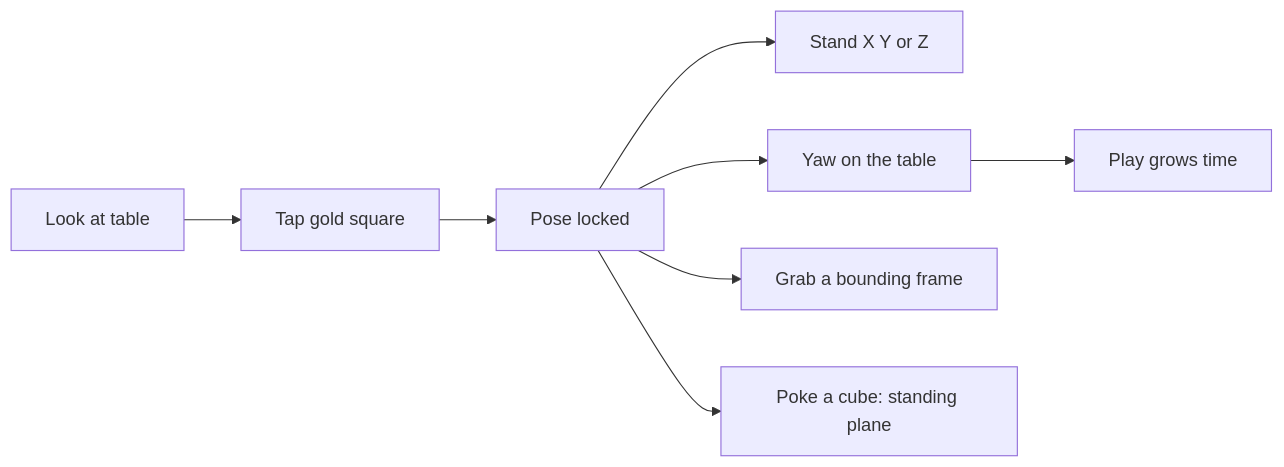
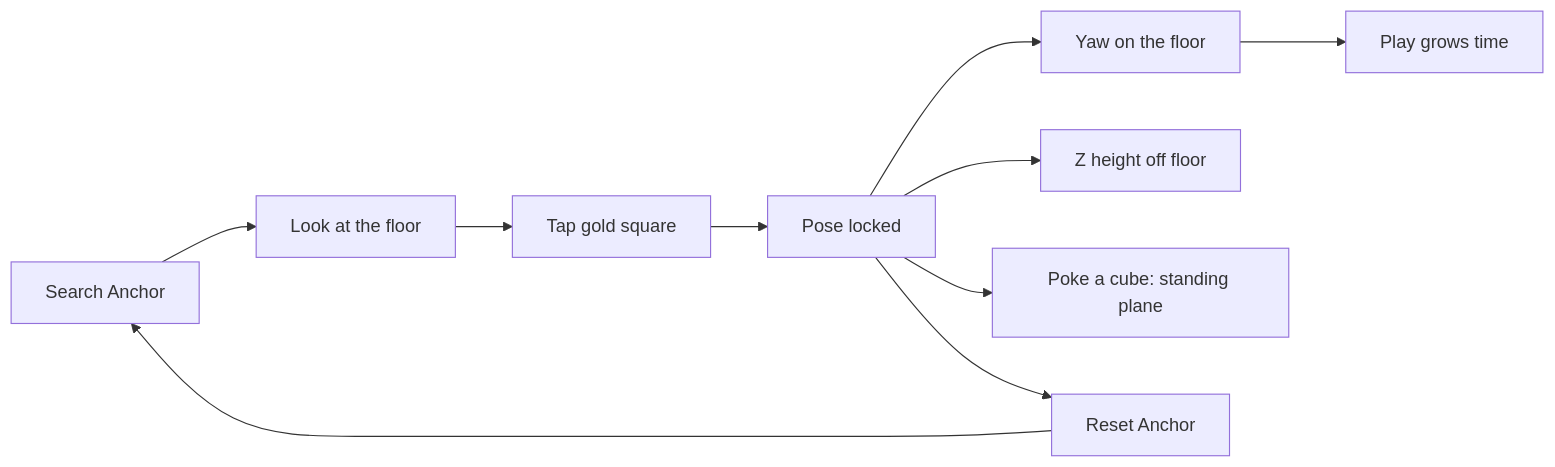
The third of 12 diagrams in docs/gui.md (PiMaV/DONNER), drawn with Mermaid before and after one commit. The commit also changed other lines of this file and 28 other files, not shown here.

````diff
--- a/docs/gui.md
+++ b/docs/gui.md
@@ -72,15 +96,16 @@
 ```mermaid
 flowchart LR
-  look[Look at table]
+  search2[Search Anchor]
+  look[Look at the floor]
   tap2[Tap gold square]
   lock2[Pose locked]
-  stand[Stand X Y or Z]
-  yaw2[Yaw on the table]
+  reset2[Reset Anchor]
+  height2[Z height off floor]
+  yaw2[Yaw on the floor]
   play[Play grows time]
-  frames[Grab a bounding frame]
   poke[Poke a cube: standing plane]
-  look --> tap2 --> lock2 --> yaw2 --> play
-  lock2 --> stand
-  lock2 --> frames
+  search2 --> look --> tap2 --> lock2 --> yaw2 --> play
+  lock2 --> height2
   lock2 --> poke
+  lock2 --> reset2 --> search2
 ```
````
